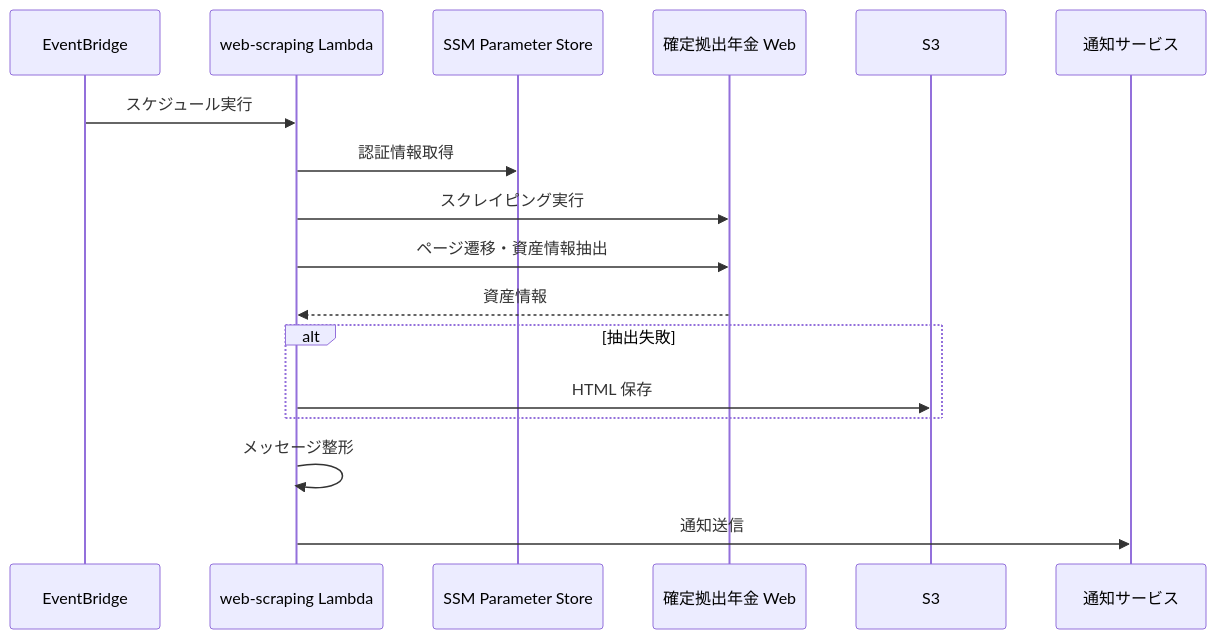
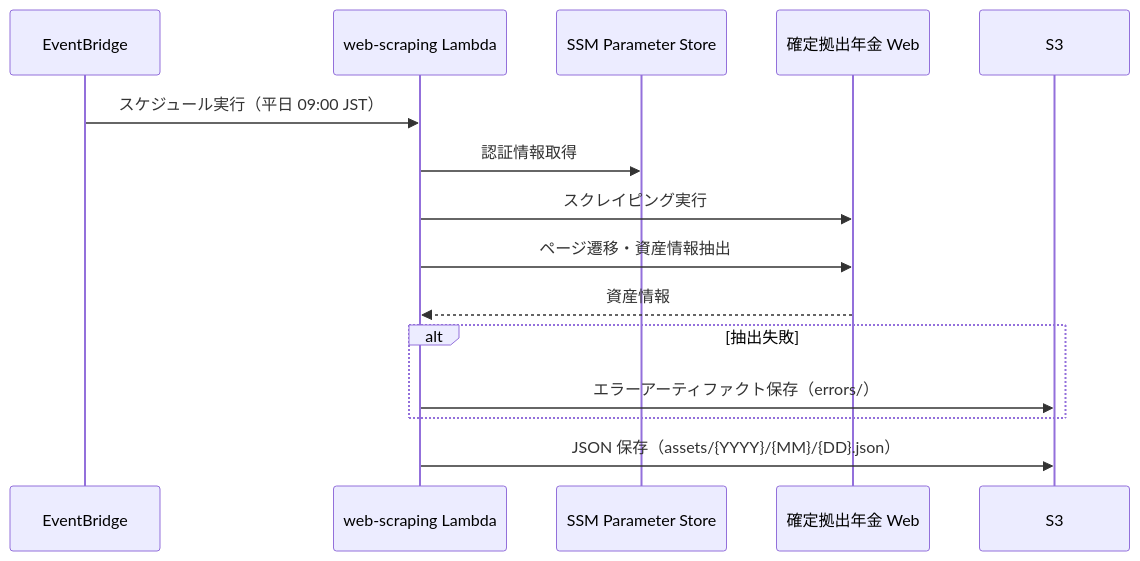
Before and after one commit to kamaD-y/dcp-ops-monitor: the first of 2 diagrams in docs/functional-design.md, drawn with Mermaid. The commit also changed other lines of this file and 1 other file, not shown here.

````diff
--- a/docs/functional-design.md
+++ b/docs/functional-design.md
@@ -17,20 +17,18 @@
 ```mermaid
 sequenceDiagram
     participant EventBridge
     participant Lambda as web-scraping Lambda
     participant SSM as SSM Parameter Store
     participant Web as 確定拠出年金 Web
     participant S3
-    participant Notifier as 通知サービス
 
-    EventBridge->>Lambda: スケジュール実行
+    EventBridge->>Lambda: スケジュール実行（平日 09:00 JST）
     Lambda->>SSM: 認証情報取得
     Lambda->>Web: スクレイピング実行
     Lambda->>Web: ページ遷移・資産情報抽出
     Web-->>Lambda: 資産情報
     alt 抽出失敗
-        Lambda->>S3: HTML 保存
+        Lambda->>S3: エラーアーティファクト保存（errors/）
     end
-    Lambda->>Lambda: メッセージ整形
-    Lambda->>Notifier: 通知送信
+    Lambda->>S3: JSON 保存（assets/{YYYY}/{MM}/{DD}.json）
 ```
````
